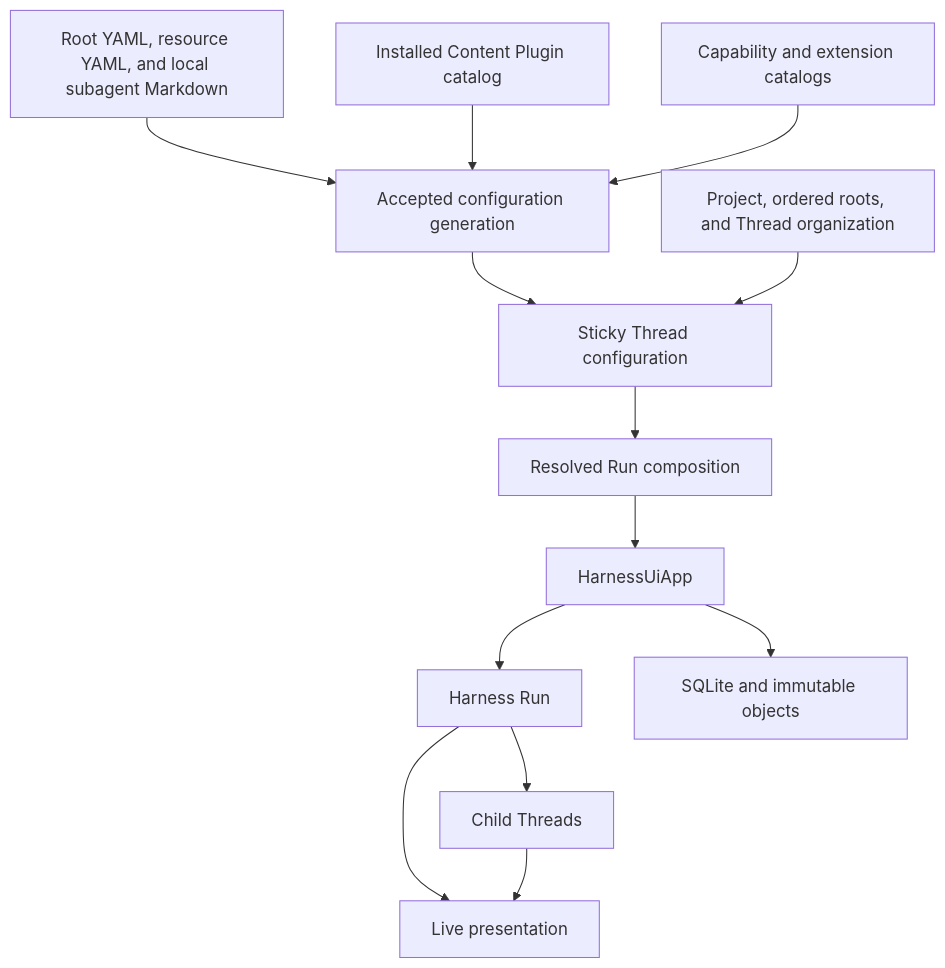
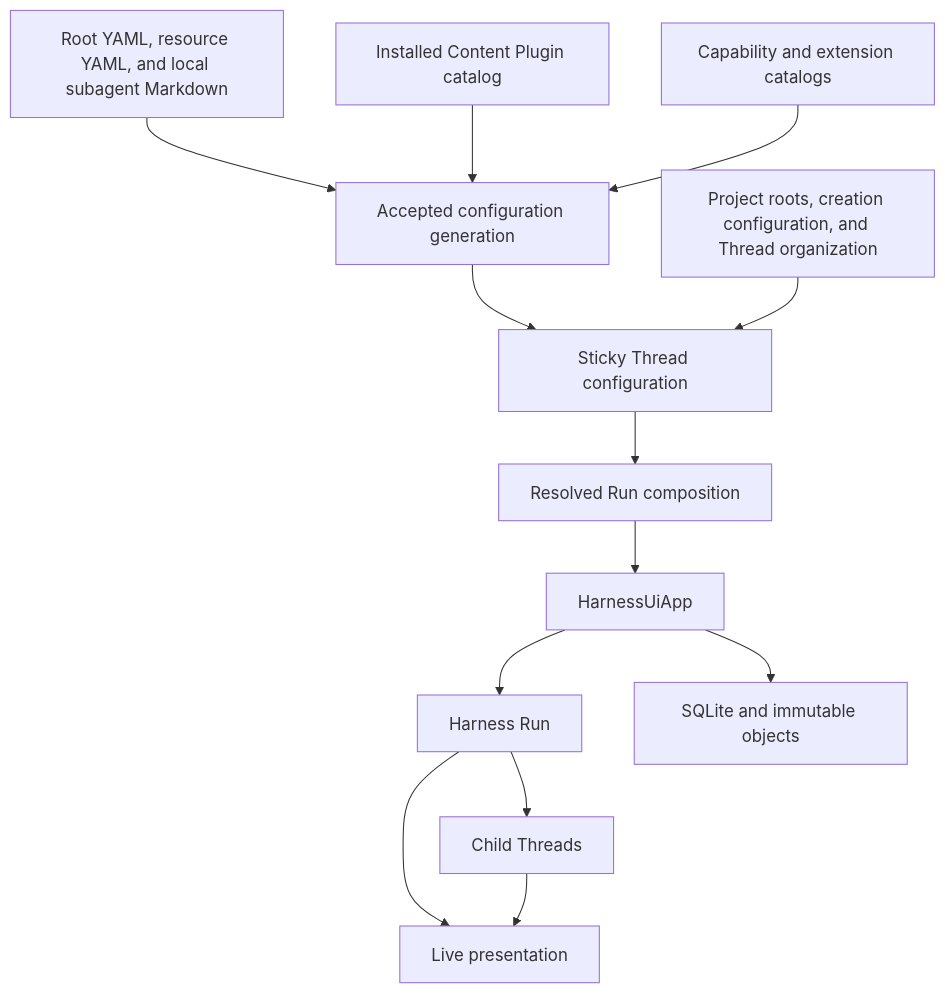
Before and after one commit to LTThreeComma/agent-foundation: the first of 3 diagrams in spec/a13n-harness-ui/00-overview.md, drawn with Mermaid. The commit also changed other lines of this file and 46 other files, not shown here.

````diff
--- a/spec/a13n-harness-ui/00-overview.md
+++ b/spec/a13n-harness-ui/00-overview.md
@@ -15,24 +15,24 @@
 ```mermaid
 flowchart TB
     Files[Root YAML, resource YAML, and local subagent Markdown]
     Content[Installed Content Plugin catalog]
     Catalogs[Capability and extension catalogs]
     Generation[Accepted configuration generation]
-    Project[Project, ordered roots, and Thread organization]
+    Project[Project roots, creation configuration, and Thread organization]
     Thread[Sticky Thread configuration]
     Capture[Resolved Run composition]
     App[HarnessUiApp]
     Harness[Harness Run]
     Children[Child Threads]
     Store[SQLite and immutable objects]
     Live[Live presentation]
 
     Files & Content --> Generation
     Catalogs --> Generation
     Generation --> Thread
     Project --> Thread
     Thread --> Capture --> App --> Harness
     Harness --> Children
     App --> Store
     Harness & Children --> Live
 ```
````
